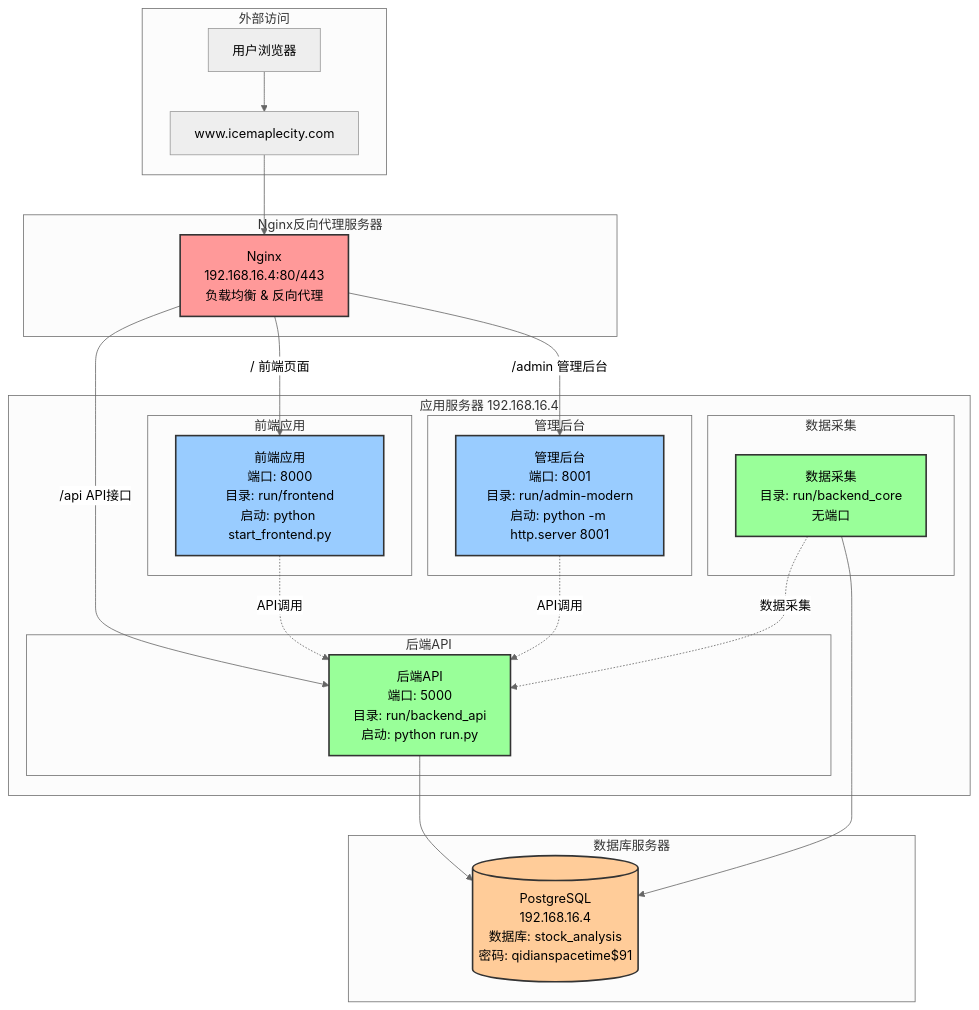
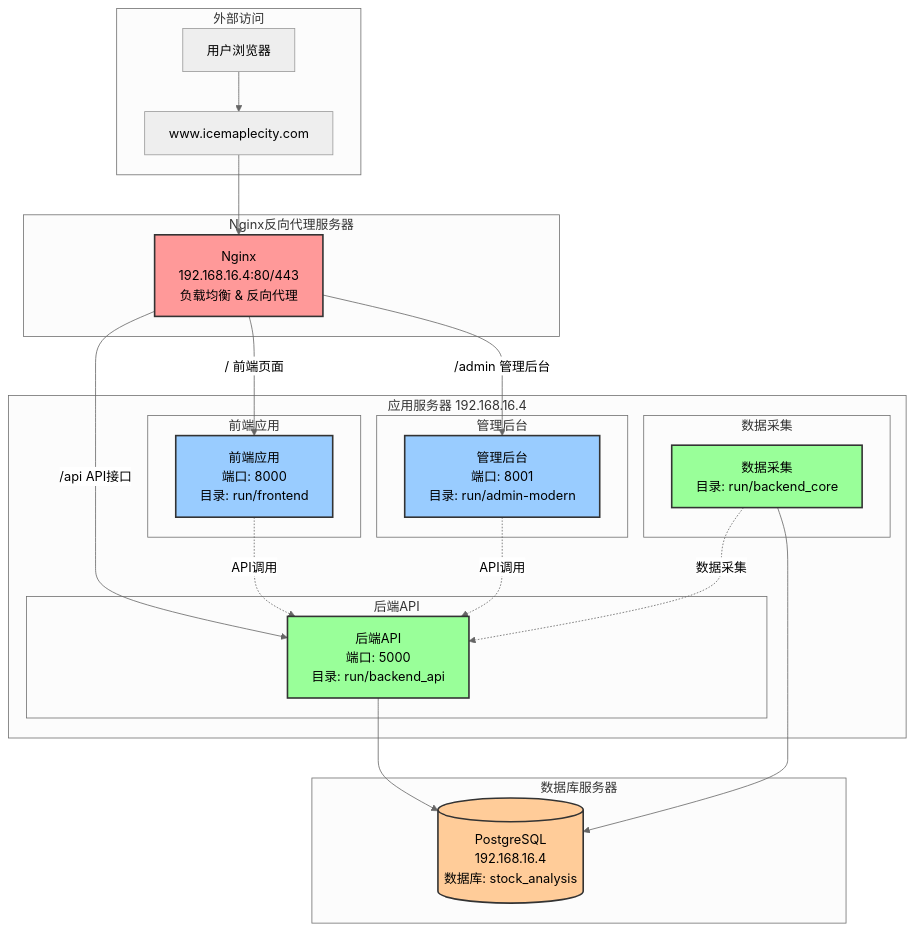
Before and after one commit to ACodePorter/stock_quote_analayze: the first of 5 diagrams in 系统部署架构图.md, drawn with Mermaid (neutral theme). The commit also changed 12 other files, not shown here.

````diff
--- a/系统部署架构图.md
+++ b/系统部署架构图.md
@@ -5,62 +5,62 @@
 ```mermaid
 graph TB
     subgraph "外部访问"
         User[用户浏览器]
         Domain[www.icemaplecity.com]
     end
     
     subgraph "Nginx反向代理服务器"
         Nginx[Nginx<br/>192.168.16.4:80/443<br/>负载均衡 & 反向代理]
     end
     
     subgraph "应用服务器 192.168.16.4"
         subgraph "前端应用"
-            Frontend[前端应用<br/>端口: 8000<br/>目录: run/frontend<br/>启动: python start_frontend.py]
+            Frontend[前端应用<br/>端口: 8000<br/>目录: run/frontend]
         end
         
         subgraph "管理后台"
-            AdminModern[管理后台<br/>端口: 8001<br/>目录: run/admin-modern<br/>启动: python -m http.server 8001]
+            AdminModern[管理后台<br/>端口: 8001<br/>目录: run/admin-modern]
         end
         
         subgraph "后端API"
-            BackendAPI[后端API<br/>端口: 5000<br/>目录: run/backend_api<br/>启动: python run.py]
+            BackendAPI[后端API<br/>端口: 5000<br/>目录: run/backend_api]
         end
         
         subgraph "数据采集"
-            BackendCore[数据采集<br/>目录: run/backend_core<br/>无端口]
+            BackendCore[数据采集<br/>目录: run/backend_core]
         end
     end
     
     subgraph "数据库服务器"
-        PostgreSQL[(PostgreSQL<br/>192.168.16.4<br/>数据库: stock_analysis<br/>密码: qidianspacetime$91)]
+        PostgreSQL[(PostgreSQL<br/>192.168.16.4<br/>数据库: stock_analysis)]
     end
     
     %% 外部访问到Nginx
     User --> Domain
     Domain --> Nginx
     
     %% Nginx路由分发
     Nginx -->|"/" 前端页面| Frontend
     Nginx -->|"/admin" 管理后台| AdminModern
     Nginx -->|"/api" API接口| BackendAPI
     
     %% 应用间关系
     Frontend -.->|API调用| BackendAPI
     AdminModern -.->|API调用| BackendAPI
     BackendCore -.->|数据采集| BackendAPI
     
     %% 数据库连接
     BackendAPI --> PostgreSQL
     BackendCore --> PostgreSQL
     
     %% 样式
     classDef nginx fill:#ff9999,stroke:#333,stroke-width:2px
     classDef frontend fill:#99ccff,stroke:#333,stroke-width:2px
     classDef backend fill:#99ff99,stroke:#333,stroke-width:2px
     classDef database fill:#ffcc99,stroke:#333,stroke-width:2px
     
     class Nginx nginx
     class Frontend,AdminModern frontend
     class BackendAPI,BackendCore backend
     class PostgreSQL database
 ```
````
